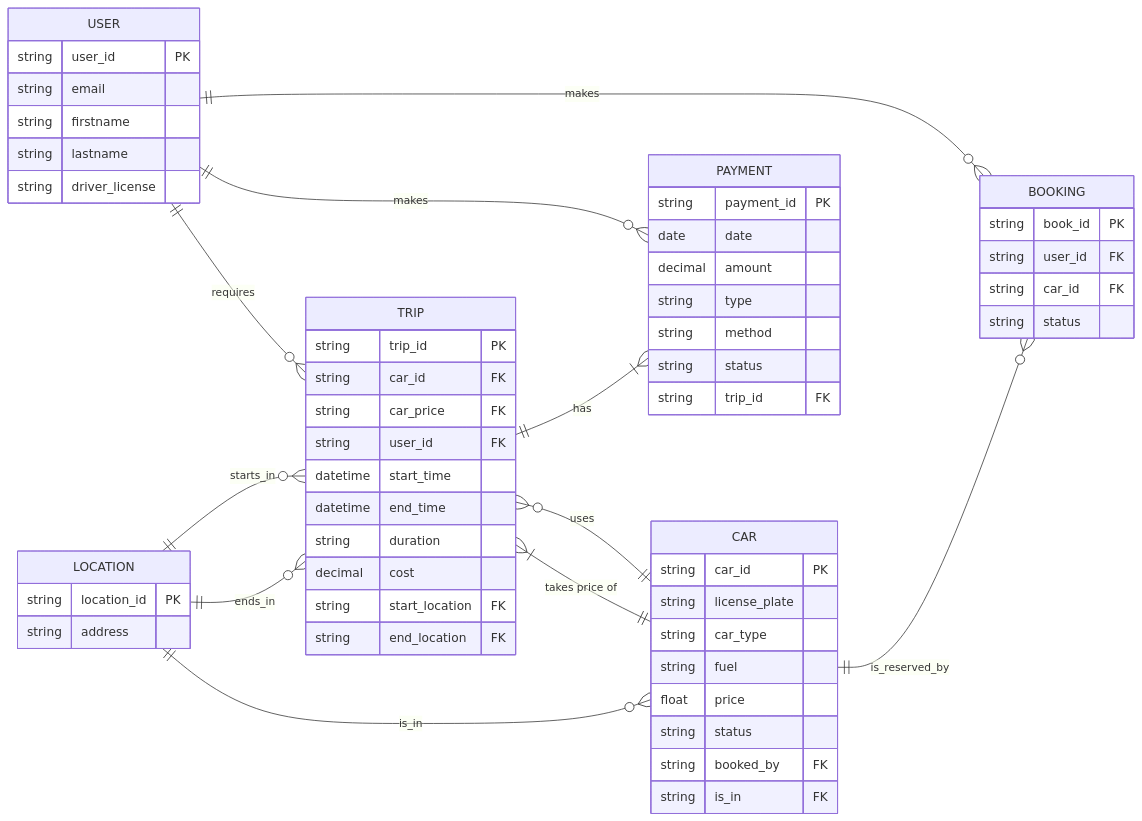
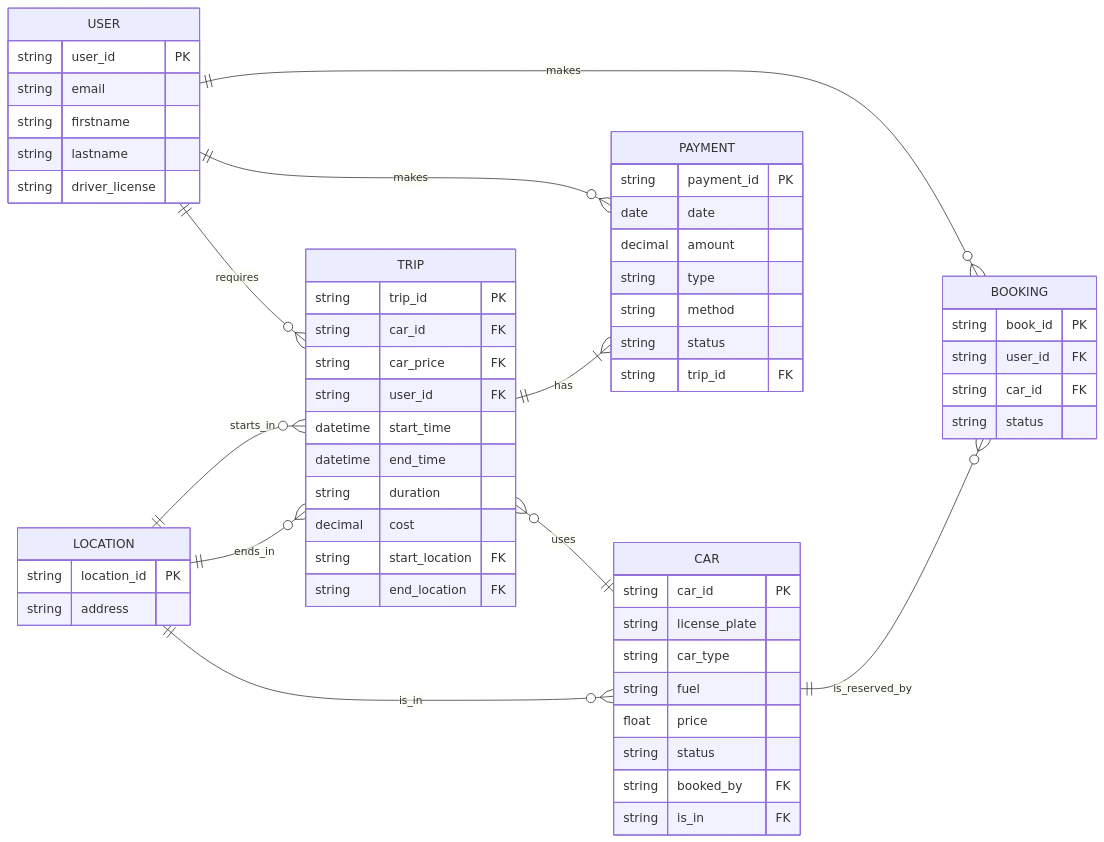
The diagram in Lab1/mermaid.md (Maks9m/KPI_Labs), drawn with Mermaid before and after one commit. The commit also changed 3 other files, not shown here.

Commit message:
fix(Lab1): fixed diagrams and schema. Finished Lab1

````diff
--- a/Lab1/mermaid.md
+++ b/Lab1/mermaid.md
@@ -65,63 +65,62 @@
 ```mermaid
 erDiagram
 direction LR
 USER {
 string user_id PK
 string email
 string firstname
 string lastname
 string driver_license
 }
 CAR {
 string car_id PK
 string license_plate
 string car_type
 string fuel
 float price
 string status
 string booked_by FK
 string is_in FK
 }
 LOCATION {
 string location_id PK
 string address
 }
 TRIP {
 string trip_id PK
 string car_id FK
 string car_price FK
 string user_id FK
 datetime start_time
 datetime end_time
 string duration
 decimal cost
 string start_location FK
 string end_location FK
 }
 BOOKING {
 string book_id PK
 string user_id FK
 string car_id FK
 string status
 }
 PAYMENT {
 string payment_id PK
 date date
 decimal amount
 string type
 string method
 string status
 string trip_id FK
 }
 
     USER||--o{BOOKING:"makes"
     USER||--o{TRIP:"requires"
     CAR||--o{BOOKING:"is_reserved_by"
     USER||--o{PAYMENT:"makes"
     TRIP||--|{PAYMENT:"has"
     TRIP}o--||CAR:"uses"
-    TRIP}|--||CAR:"takes price of"
     LOCATION||--o{TRIP:"starts_in"
     LOCATION||--o{TRIP:"ends_in"
     LOCATION||--o{CAR:"is_in"
 ```
````
